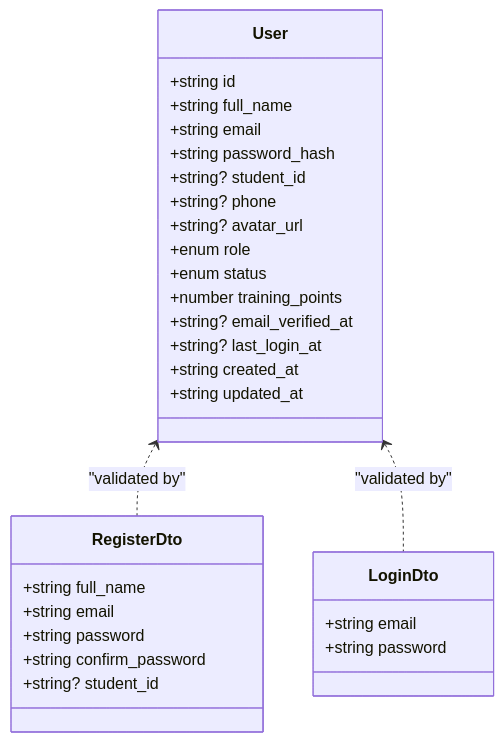
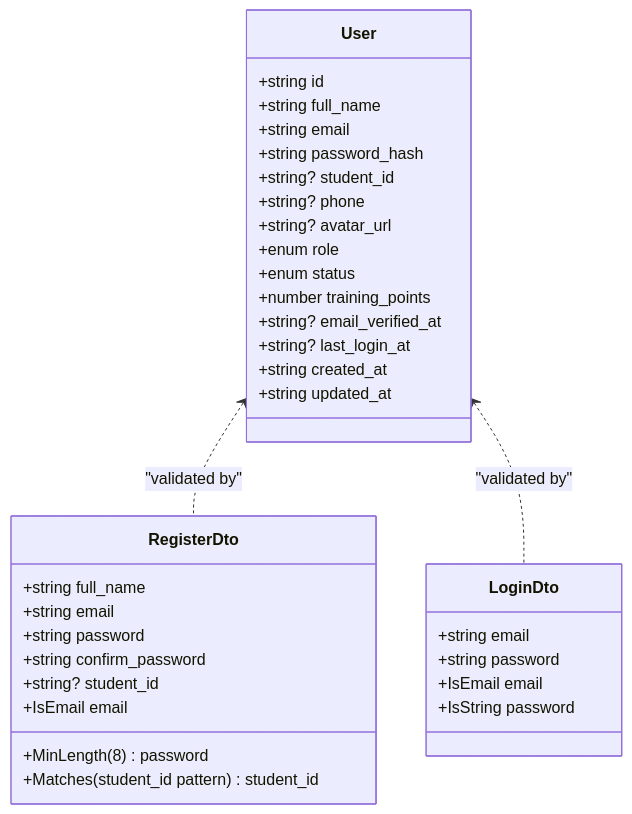
Before and after one commit to devonxjz/MissLost: the sixth of 9 diagrams in .qoder/repowiki/en/content/Project Overview/Core Features/User Authentication & Authorization.md, drawn with Mermaid. The commit also changed other lines of this file and 12 other files, not shown here.

````diff
--- a/.qoder/repowiki/en/content/Project Overview/Core Features/User Authentication & Authorization.md
+++ b/.qoder/repowiki/en/content/Project Overview/Core Features/User Authentication & Authorization.md
@@ -283,32 +326,37 @@
 ```mermaid
 classDiagram
 class User {
 +string id
 +string full_name
 +string email
 +string password_hash
 +string? student_id
 +string? phone
 +string? avatar_url
 +enum role
 +enum status
 +number training_points
 +string? email_verified_at
 +string? last_login_at
 +string created_at
 +string updated_at
 }
 class RegisterDto {
 +string full_name
 +string email
 +string password
 +string confirm_password
 +string? student_id
++IsEmail email
++MinLength(8) password
++Matches(student_id pattern) student_id
 }
 class LoginDto {
 +string email
 +string password
++IsEmail email
++IsString password
 }
 User <.. RegisterDto : "validated by"
 User <.. LoginDto : "validated by"
 ```
````
